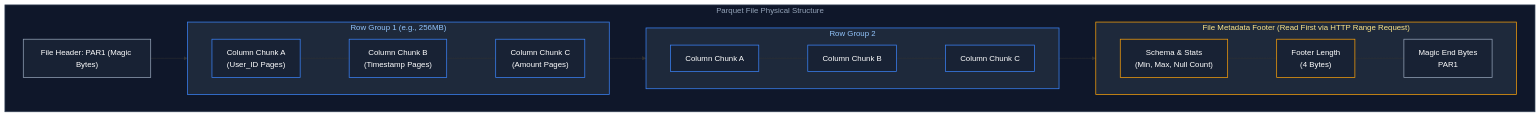
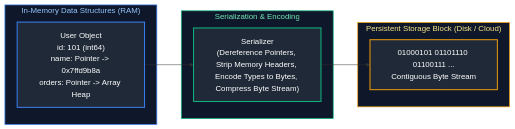
The second of 11 diagrams in Data Engineering/07_file_formats_and_storage.md (joydeep-biswas/Interview-Preparation), drawn with Mermaid before and after one commit. The commit also changed other lines of this file and 143 other files, not shown here.

````diff
--- a/Data Engineering/07_file_formats_and_storage.md
+++ b/Data Engineering/07_file_formats_and_storage.md
@@ -165,41 +106,23 @@
 ```mermaid
-flowchart TD
-    subgraph ParquetFile ["Parquet File Physical Structure"]
-        H["File Header: PAR1 (Magic Bytes)"]
-        
-        subgraph RG1 ["Row Group 1 (e.g., 256MB)"]
-            direction LR
-            CC1["Column Chunk A<br/>(User_ID Pages)"] --- CC2["Column Chunk B<br/>(Timestamp Pages)"] --- CC3["Column Chunk C<br/>(Amount Pages)"]
-        end
-
-        subgraph RG2 ["Row Group 2"]
-            direction LR
-            CC4["Column Chunk A"] --- CC5["Column Chunk B"] --- CC6["Column Chunk C"]
-        end
-
-        subgraph Footer ["File Metadata Footer (Read First via HTTP Range Request)"]
-            direction LR
-            Meta["Schema & Stats<br/>(Min, Max, Null Count)"] --- FLength["Footer Length<br/>(4 Bytes)"] --- MagicEnd["Magic End Bytes<br/>PAR1"]
-        end
-
-        H --> CC2
-        CC2 --> CC5
-        CC5 --> Meta
+flowchart LR
+    subgraph RAM_Space ["In-Memory Data Structures (RAM)"]
+        Obj["User Object<br/>id: 101 (int64)<br/>name: Pointer -> 0x7ffd9b8a<br/>orders: Pointer -> Array Heap"]
     end
 
-    style ParquetFile fill:#0f172a,stroke:#334155,stroke-width:1.5px,color:#94a3b8
-    style RG1 fill:#1e293b,stroke:#3b82f6,stroke-width:1.5px,color:#93c5fd
-    style RG2 fill:#1e293b,stroke:#3b82f6,stroke-width:1.5px,color:#93c5fd
-    style Footer fill:#1e293b,stroke:#f59e0b,stroke-width:1.5px,color:#fde68a
+    subgraph SerializationEngine ["Serialization & Encoding"]
+        Encode["Serializer<br/>(Dereference Pointers, Strip Memory Headers, Encode Types to Bytes, Compress Byte Stream)"]
+    end
 
-    style H fill:#182234,stroke:#94a3b8,stroke-width:1.5px,color:#fff
-    style CC1 fill:#182234,stroke:#3b82f6,stroke-width:1.5px,color:#fff
-    style CC2 fill:#182234,stroke:#3b82f6,stroke-width:1.5px,color:#fff
-    style CC3 fill:#182234,stroke:#3b82f6,stroke-width:1.5px,color:#fff
-    style CC4 fill:#182234,stroke:#3b82f6,stroke-width:1.5px,color:#fff
-    style CC5 fill:#182234,stroke:#3b82f6,stroke-width:1.5px,color:#fff
-    style CC6 fill:#182234,stroke:#3b82f6,stroke-width:1.5px,color:#fff
-    style Meta fill:#182234,stroke:#f59e0b,stroke-width:1.5px,color:#fff
-    style FLength fill:#182234,stroke:#f59e0b,stroke-width:1.5px,color:#fff
-    style MagicEnd fill:#182234,stroke:#94a3b8,stroke-width:1.5px,color:#fff
+    subgraph Disk_Space ["Persistent Storage Block (Disk / Cloud)"]
+        Bytes["01000101 01101110 01100111 ...<br/>Contiguous Byte Stream"]
+    end
+
+    Obj --> Encode --> Bytes
+
+    style RAM_Space fill:#0f172a,stroke:#3b82f6,stroke-width:1.5px,color:#93c5fd
+    style SerializationEngine fill:#0f172a,stroke:#10b981,stroke-width:1.5px,color:#6ee7b7
+    style Disk_Space fill:#0f172a,stroke:#f59e0b,stroke-width:1.5px,color:#fde68a
+    style Obj fill:#1f2937,stroke:#3b82f6,stroke-width:2px,color:#fff
+    style Encode fill:#1f2937,stroke:#10b981,stroke-width:2px,color:#fff
+    style Bytes fill:#1f2937,stroke:#f59e0b,stroke-width:2px,color:#fff
 ```
````
